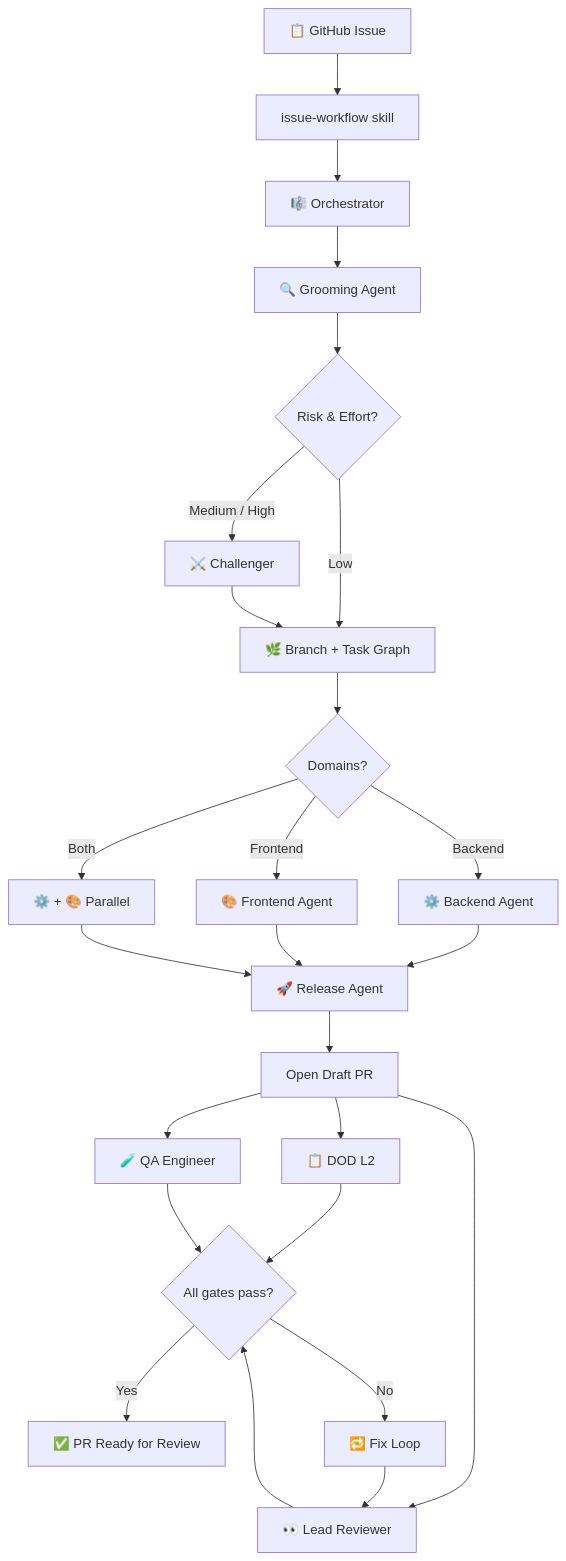
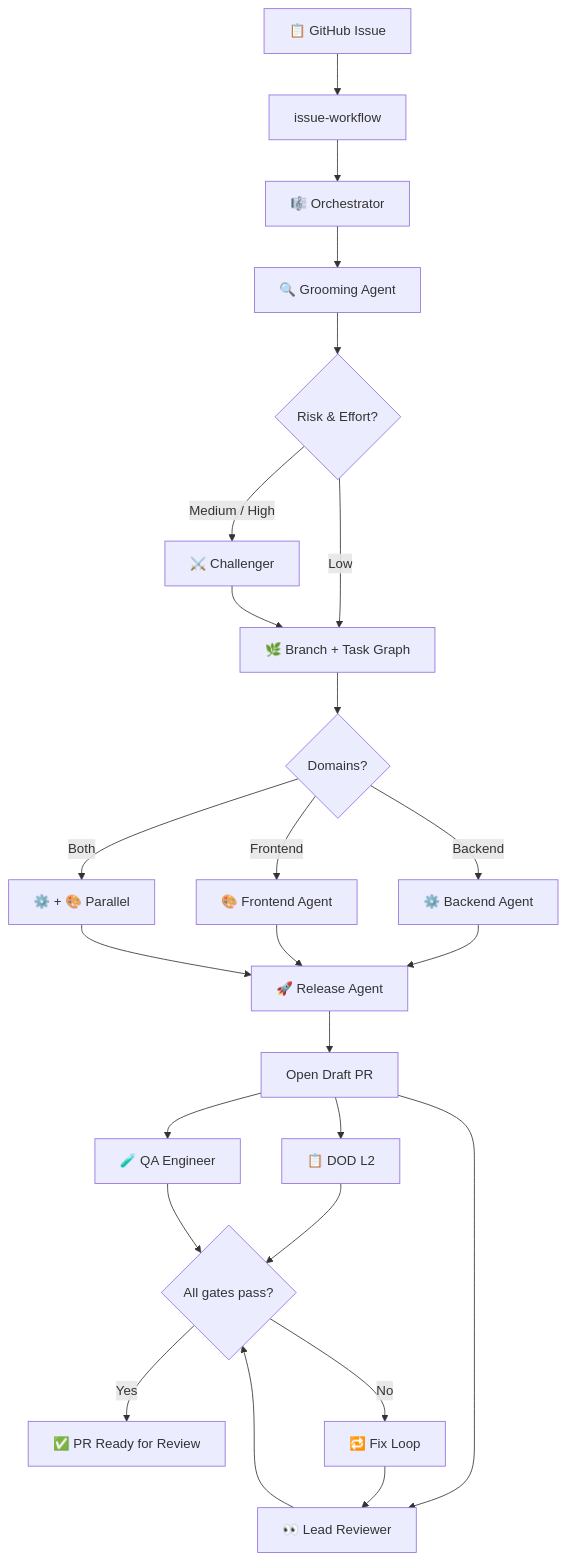
Before and after one commit to wp-media/maestro: the diagram in README.md, drawn with Mermaid. The commit also changed other lines of this file and 19 other files, not shown here.

````diff
--- a/README.md
+++ b/README.md
@@ -103,30 +61,30 @@
 ```mermaid
 flowchart TD
-    A[📋 GitHub Issue] --> B[issue-workflow skill]
+    A[📋 GitHub Issue] --> B[issue-workflow]
     B --> C[🎼 Orchestrator]
 
     C --> D[🔍 Grooming Agent]
     D --> E{Risk & Effort?}
 
     E -->|Medium / High| F[⚔️ Challenger]
     E -->|Low| G
 
     F --> G[🌿 Branch + Task Graph]
     G --> H{Domains?}
 
     H -->|Backend| I[⚙️ Backend Agent]
     H -->|Frontend| J[🎨 Frontend Agent]
     H -->|Both| K[⚙️ + 🎨 Parallel]
 
     I & J & K --> L[🚀 Release Agent]
     L --> M[Open Draft PR]
 
     M --> N[📋 DOD L2]
     M --> O[👀 Lead Reviewer]
     M --> P[🧪 QA Engineer]
 
     N & O & P --> Q{All gates pass?}
     Q -->|Yes| R[✅ PR Ready for Review]
     Q -->|No| S[🔁 Fix Loop]
     S --> O
 ```
````
